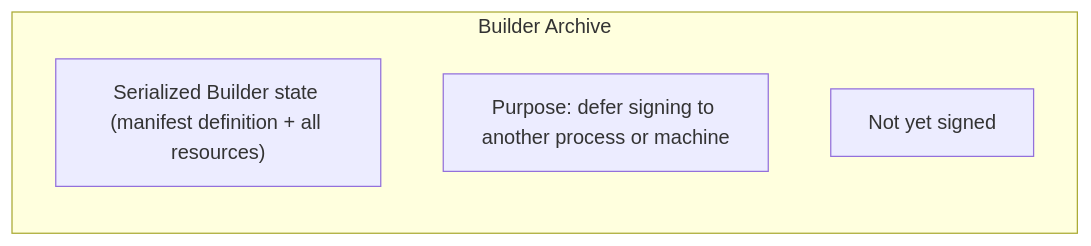
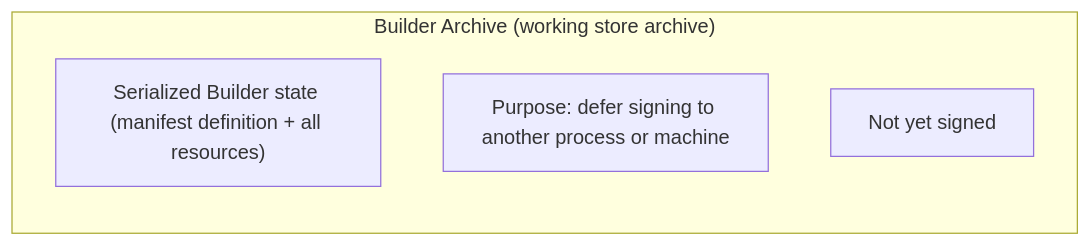
One commit to contentauth/c2pa-c changed the fourth of 15 diagrams in docs/selective-manifests.md. Above: the diagram before and after it, drawn with Mermaid. The commit also changed other lines of this file and 1 other file, not shown here.

````diff
--- a/docs/selective-manifests.md
+++ b/docs/selective-manifests.md
@@ -195,9 +440,9 @@
 ```mermaid
 flowchart TD
-    subgraph BA["Builder Archive"]
+    subgraph BA["Builder Archive (working store archive)"]
         direction TB
         B1["Serialized Builder state (manifest definition + all resources)"]
         B2["Purpose: defer signing to another process or machine"]
         B3["Not yet signed"]
     end
 ```
````
